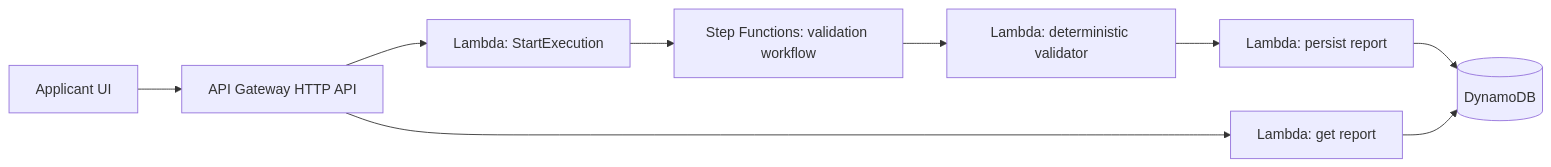
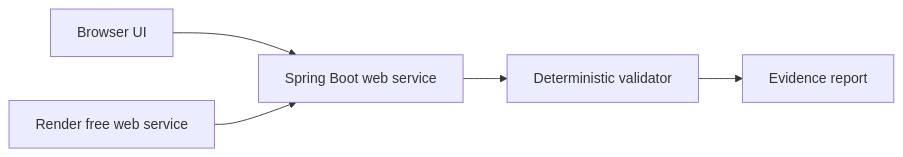
The diagram in docs/architecture.md (ChandanLabs/submitready-aws), drawn with Mermaid before and after one commit. The commit also changed other lines of this file and 28 other files, not shown here.

````diff
--- a/docs/architecture.md
+++ b/docs/architecture.md
@@ -3,11 +3,7 @@
 ```mermaid
 flowchart LR
-  UI[Applicant UI] --> APIGW[API Gateway HTTP API]
-  APIGW --> START[Lambda: StartExecution]
-  START --> SFN[Step Functions: validation workflow]
-  SFN --> VALIDATE[Lambda: deterministic validator]
-  VALIDATE --> PERSIST[Lambda: persist report]
-  PERSIST --> DDB[(DynamoDB)]
-  APIGW --> GET[Lambda: get report]
-  GET --> DDB
+  Browser[Browser UI] --> App[Spring Boot web service]
+  App --> Validator[Deterministic validator]
+  Validator --> Report[Evidence report]
+  Render[Render free web service] --> App
 ```
````
